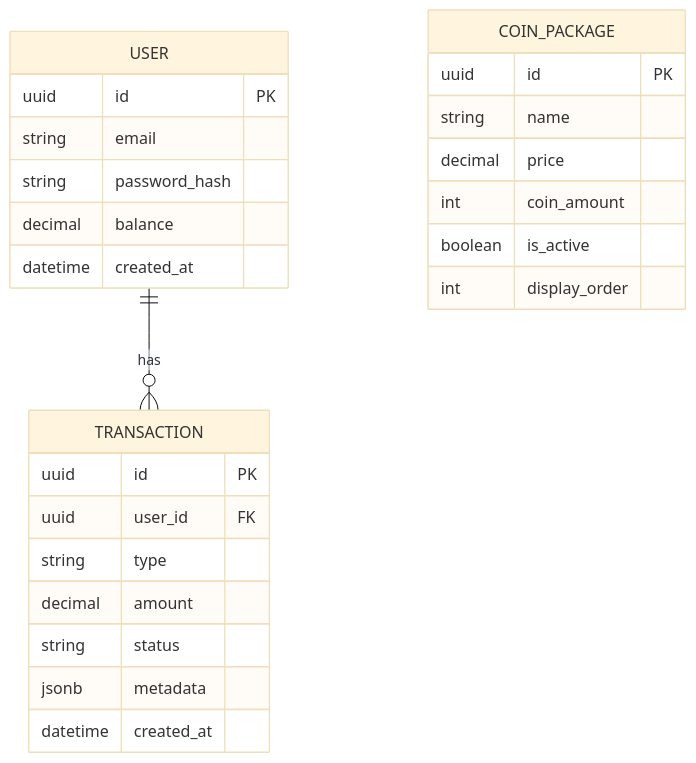
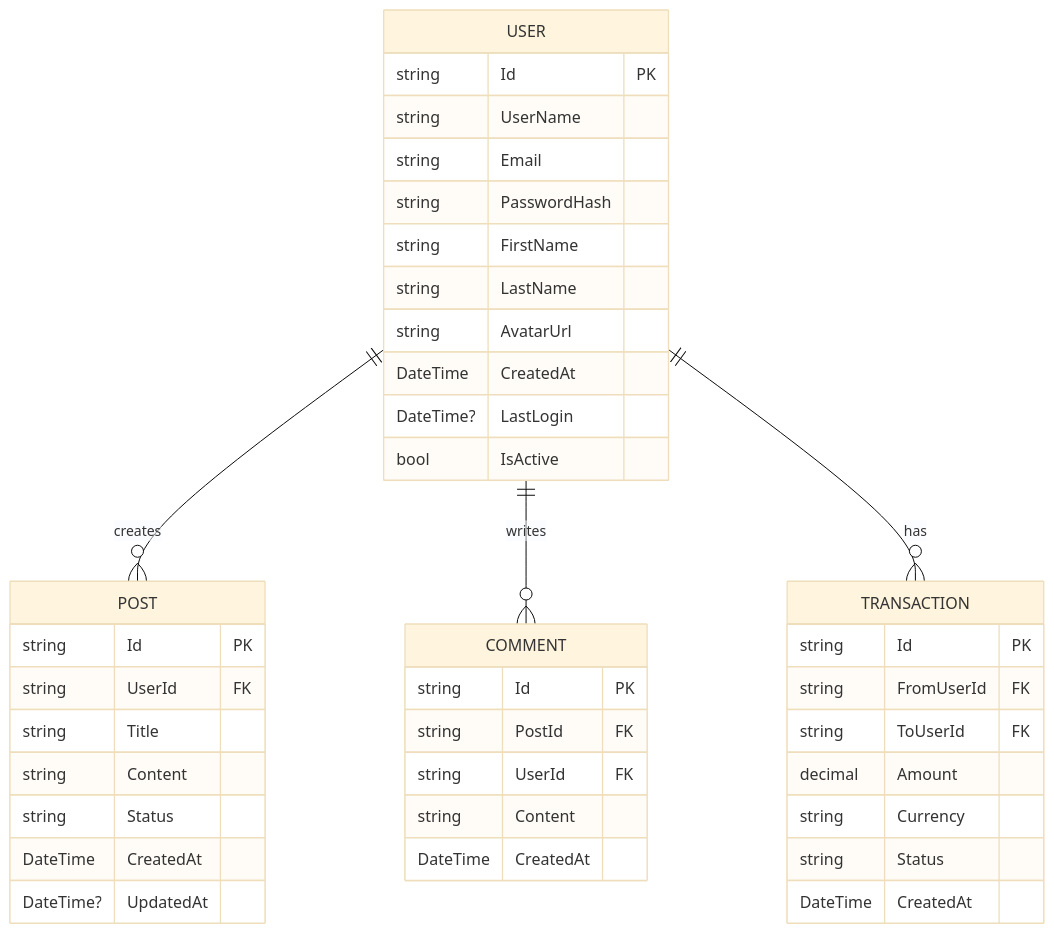
Before and after one commit to Demiurgo9404/Proyecto_bryan_reyes: the second of 2 diagrams in ARCHITECTURE.md, drawn with Mermaid (base theme). The commit also changed other lines of this file and 4529 other files, not shown here.

````diff
--- a/ARCHITECTURE.md
+++ b/ARCHITECTURE.md
@@ -45,28 +104,47 @@
 ```mermaid
 erDiagram
+    USER ||--o{ POST : creates
+    USER ||--o{ COMMENT : writes
     USER ||--o{ TRANSACTION : has
+    
     USER {
-        uuid id PK
-        string email
-        string password_hash
-        decimal balance
-        datetime created_at
+        string Id PK
+        string UserName
+        string Email
+        string PasswordHash
+        string FirstName
+        string LastName
+        string AvatarUrl
+        DateTime CreatedAt
+        DateTime? LastLogin
+        bool IsActive
     }
+    
+    POST {
+        string Id PK
+        string UserId FK
+        string Title
+        string Content
+        string Status
+        DateTime CreatedAt
+        DateTime? UpdatedAt
+    }
+    
+    COMMENT {
+        string Id PK
+        string PostId FK
+        string UserId FK
+        string Content
+        DateTime CreatedAt
+    }
+    
     TRANSACTION {
-        uuid id PK
-        uuid user_id FK
-        string type
-        decimal amount
-        string status
-        jsonb metadata
-        datetime created_at
-    }
-    COIN_PACKAGE {
-        uuid id PK
-        string name
-        decimal price
-        int coin_amount
-        boolean is_active
-        int display_order
+        string Id PK
+        string FromUserId FK
+        string ToUserId FK
+        decimal Amount
+        string Currency
+        string Status
+        DateTime CreatedAt
     }
 ```
````
